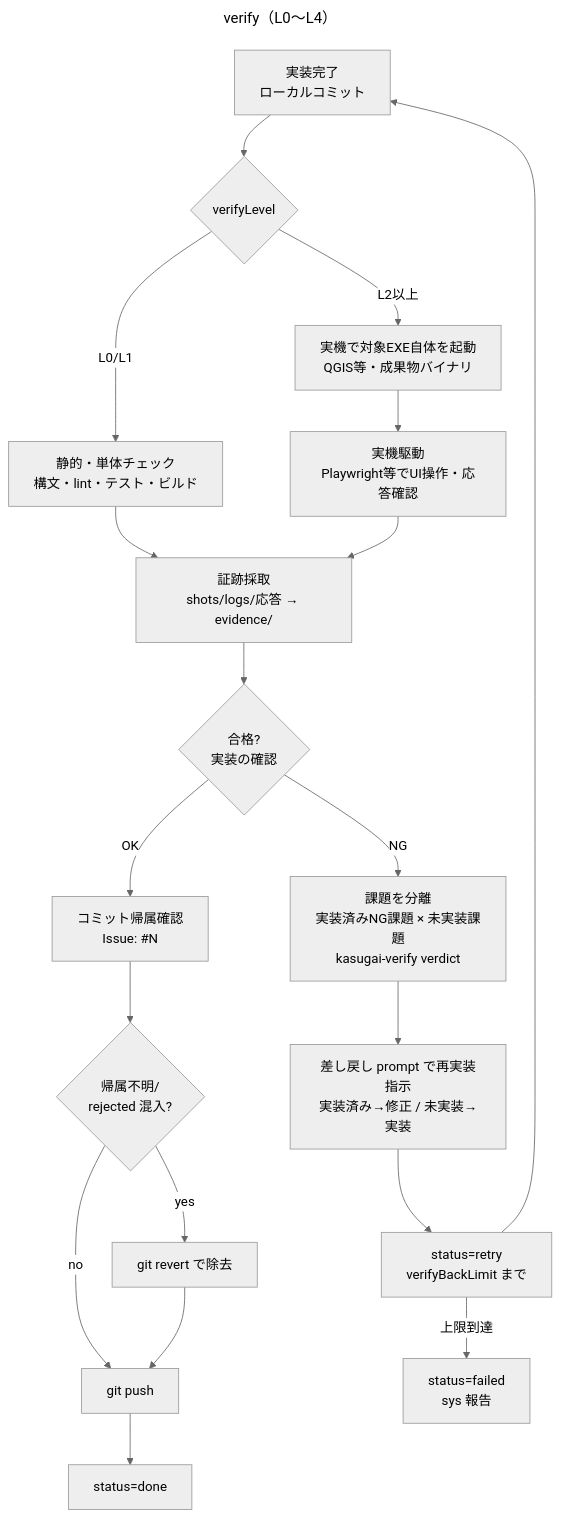
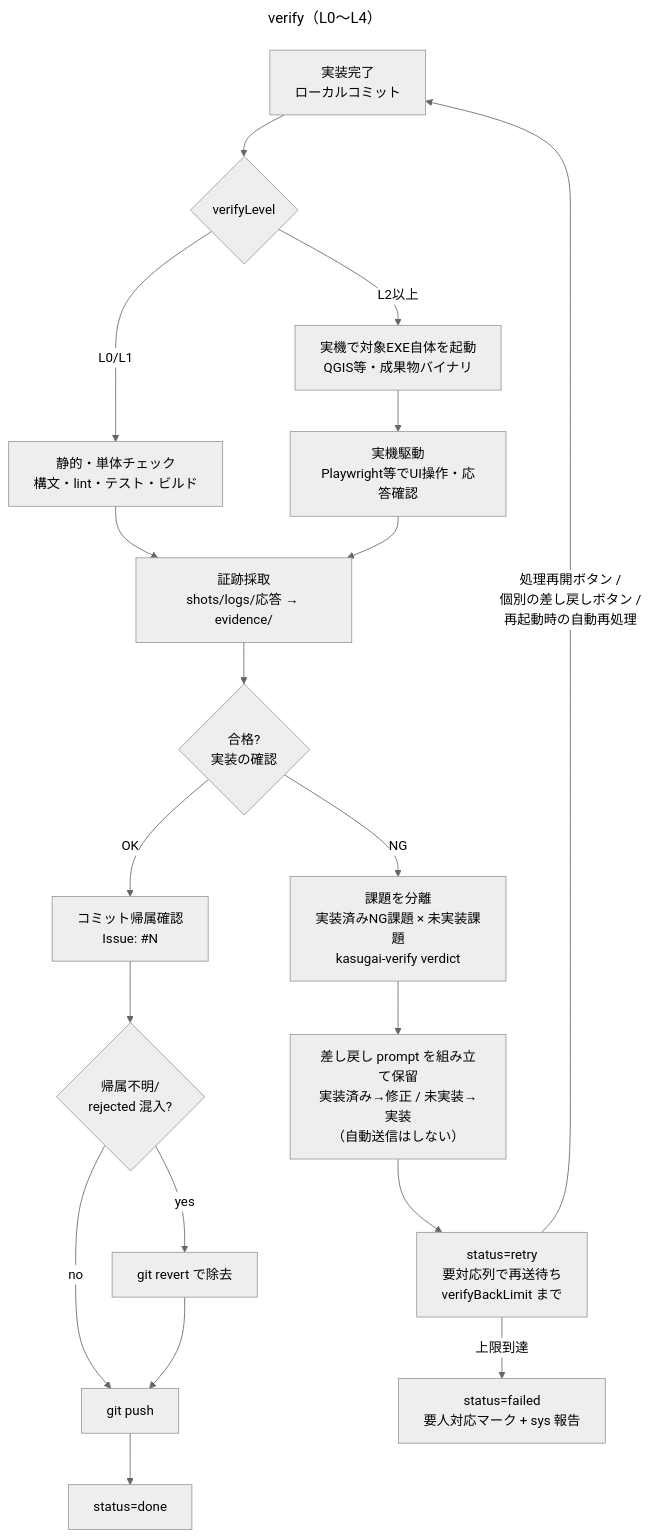
Before and after one commit to yamamoto-ryuzo/kasugai_agent: the diagram in diagrams/verify-levels.mmd, drawn with Mermaid (neutral theme). The commit also changed 64 other files, not shown here.

```diff
--- a/diagrams/verify-levels.mmd
+++ b/diagrams/verify-levels.mmd
@@ -1,22 +1,22 @@
 ---
 title: verify（L0〜L4）
 ---
 flowchart TD
     IMPL[実装完了<br/>ローカルコミット] --> VL{verifyLevel}
     VL -->|L0/L1| STATIC[静的・単体チェック<br/>構文・lint・テスト・ビルド]
     VL -->|L2以上| LAUNCH[実機で対象EXE自体を起動<br/>QGIS等・成果物バイナリ]
     LAUNCH --> DRIVE[実機駆動<br/>Playwright等でUI操作・応答確認]
     STATIC --> EVID[証跡採取<br/>shots/logs/応答 → evidence/]
     DRIVE --> EVID
     EVID --> JUDGE{合格?<br/>実装の確認}
     JUDGE -->|OK| ATTRIB[コミット帰属確認<br/>Issue: #N]
     ATTRIB --> CLEAN{帰属不明/<br/>rejected 混入?}
     CLEAN -->|yes| REVERT[git revert で除去]
     CLEAN -->|no| PUSH[git push]
     REVERT --> PUSH
     PUSH --> DONE[status=done]
     JUDGE -->|NG| SEP[課題を分離<br/>実装済みNG課題 × 未実装課題<br/>kasugai-verify verdict]
-    SEP --> BACK[差し戻し prompt で再実装指示<br/>実装済み→修正 / 未実装→実装]
-    BACK --> RETRY[status=retry<br/>verifyBackLimit まで]
-    RETRY --> IMPL
-    RETRY -->|上限到達| FAIL[status=failed<br/>sys 報告]
+    SEP --> BACK[差し戻し prompt を組み立て保留<br/>実装済み→修正 / 未実装→実装<br/>（自動送信はしない）]
+    BACK --> RETRY[status=retry<br/>要対応列で再送待ち<br/>verifyBackLimit まで]
+    RETRY -->|処理再開ボタン /<br/>個別の差し戻しボタン /<br/>再起動時の自動再処理| IMPL
+    RETRY -->|上限到達| FAIL[status=failed<br/>要人対応マーク + sys 報告]
```
